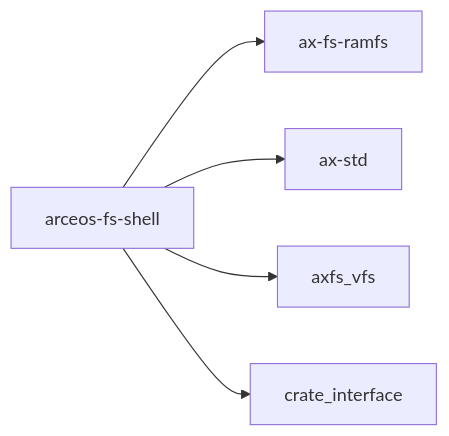
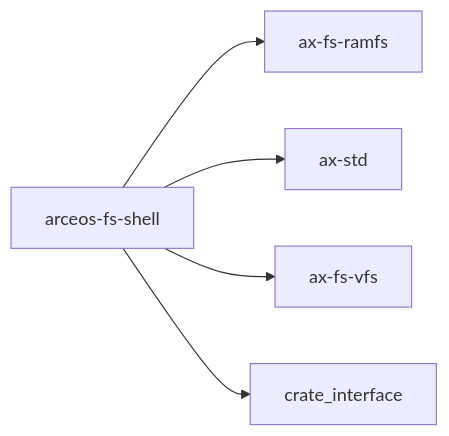
One commit to zKurisu/tgoskits changed the diagram in docs/crates/arceos-fs-shell.md. Above: the diagram before and after it, drawn with Mermaid. The commit also changed 35 other files, not shown here.

Commit message:
rename axfs_vfs to ax-fs-vfs

````diff
--- a/docs/crates/arceos-fs-shell.md
+++ b/docs/crates/arceos-fs-shell.md
@@ -32,8 +32,8 @@
 ```mermaid
 graph LR
     current["arceos-fs-shell"]
     current --> ax_fs_ramfs["ax-fs-ramfs"]
     current --> ax_std["ax-std"]
-    current --> axfs_vfs["axfs_vfs"]
+    current --> axfs_vfs["ax-fs-vfs"]
     current --> crate_interface["crate_interface"]
 ```
````
